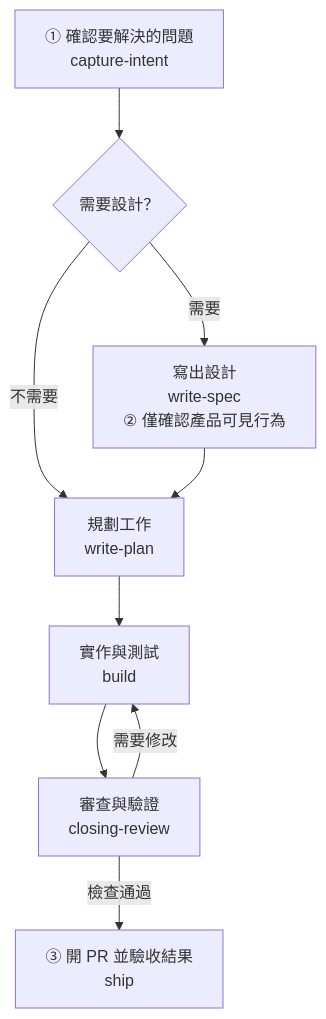
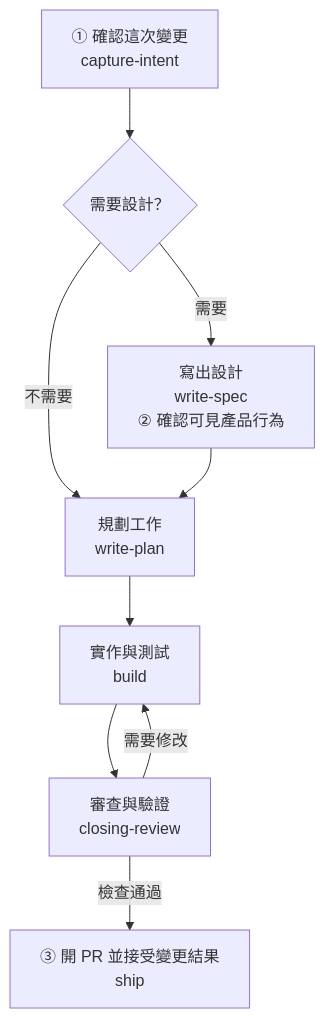
Before and after one commit to kouko/loom-plugins: the diagram in loom-code/README.zh-TW.md, drawn with Mermaid. The commit also changed other lines of this file and 23 other files, not shown here.

````diff
--- a/loom-code/README.zh-TW.md
+++ b/loom-code/README.zh-TW.md
@@ -21,19 +21,19 @@
 ```mermaid
 flowchart TD
-    intent["① 確認要解決的問題<br/>capture-intent"]
+    intent["① 確認這次變更<br/>capture-intent"]
     design{"需要設計？"}
-    spec["寫出設計<br/>write-spec<br/>② 僅確認產品可見行為"]
+    spec["寫出設計<br/>write-spec<br/>② 確認可見產品行為"]
     plan["規劃工作<br/>write-plan"]
     build["實作與測試<br/>build"]
     review["審查與驗證<br/>closing-review"]
-    ship["③ 開 PR 並驗收結果<br/>ship"]
+    ship["③ 開 PR 並接受變更結果<br/>ship"]
 
     intent --> design
     design -->|"需要"| spec
     design -->|"不需要"| plan
     spec --> plan
     plan --> build
     build --> review
     review -->|"需要修改"| build
     review -->|"檢查通過"| ship
 ```
````
